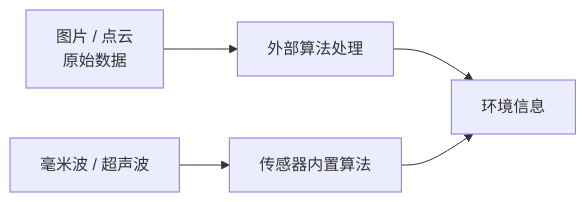
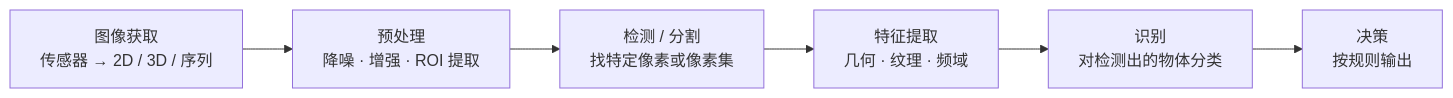
One commit to MciG-ggg/mcig-ggg.github.io changed the third of 9 diagrams in src/content/lecture/zh-cn/Auto-Drive-Intro/index.md. Above: the diagram before and after it, drawn with Mermaid. The commit also changed other lines of this file and 88 other files, not shown here.

````diff
--- a/src/content/lecture/zh-cn/Auto-Drive-Intro/index.md
+++ b/src/content/lecture/zh-cn/Auto-Drive-Intro/index.md
@@ -41,7 +352,8 @@
 ```mermaid
 flowchart LR
-  A["图片 / 点云<br/>原始数据"] --> B["外部算法处理"]
-  C["毫米波 / 超声波"] --> D["传感器内置算法"]
-  B --> E["环境信息"]
-  D --> E
+  A["图像获取<br/>传感器 → 2D / 3D / 序列"] --> B["预处理<br/>降噪 · 增强 · ROI 提取"]
+  B --> C["检测 / 分割<br/>找特定像素或像素集"]
+  C --> D["特征提取<br/>几何 · 纹理 · 频域"]
+  D --> E["识别<br/>对检测出的物体分类"]
+  E --> F["决策<br/>按规则输出"]
 ```
````
